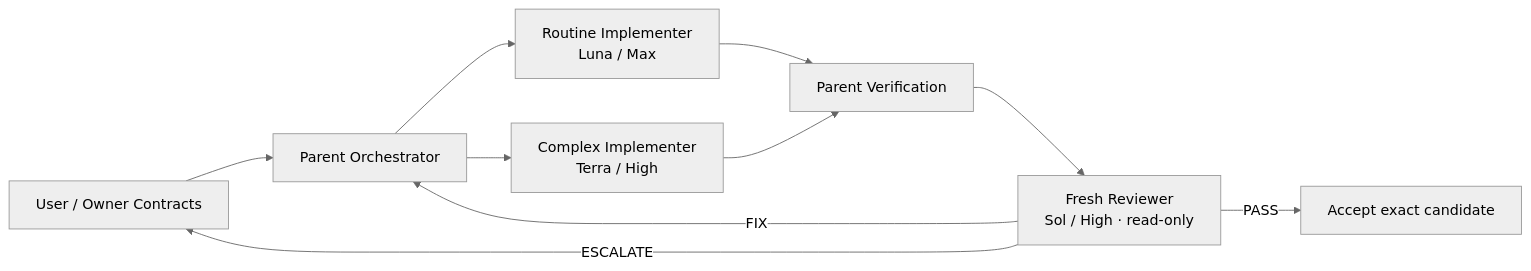
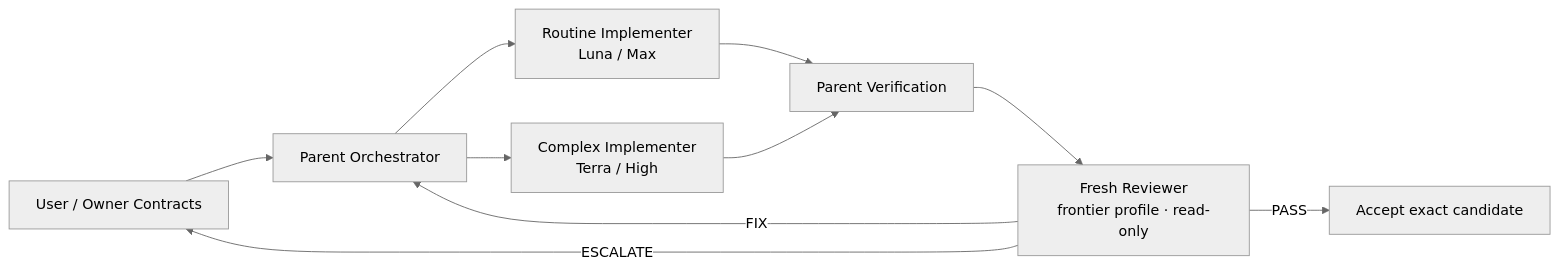
Before and after one commit to Soph1yzzz/mandatemarshal: the diagram in README.md, drawn with Mermaid (neutral theme). The commit also changed other lines of this file and 28 other files, not shown here.

````diff
--- a/README.md
+++ b/README.md
@@ -81,12 +81,12 @@
 ```mermaid
 flowchart LR
     O["User / Owner Contracts"] --> P["Parent Orchestrator"]
     P --> R["Routine Implementer<br/>Luna / Max"]
     P --> C["Complex Implementer<br/>Terra / High"]
     R --> V["Parent Verification"]
     C --> V
-    V --> F["Fresh Reviewer<br/>Sol / High · read-only"]
+    V --> F["Fresh Reviewer<br/>frontier profile · read-only"]
     F -->|PASS| A["Accept exact candidate"]
     F -->|FIX| P
     F -->|ESCALATE| O
 ```
````
